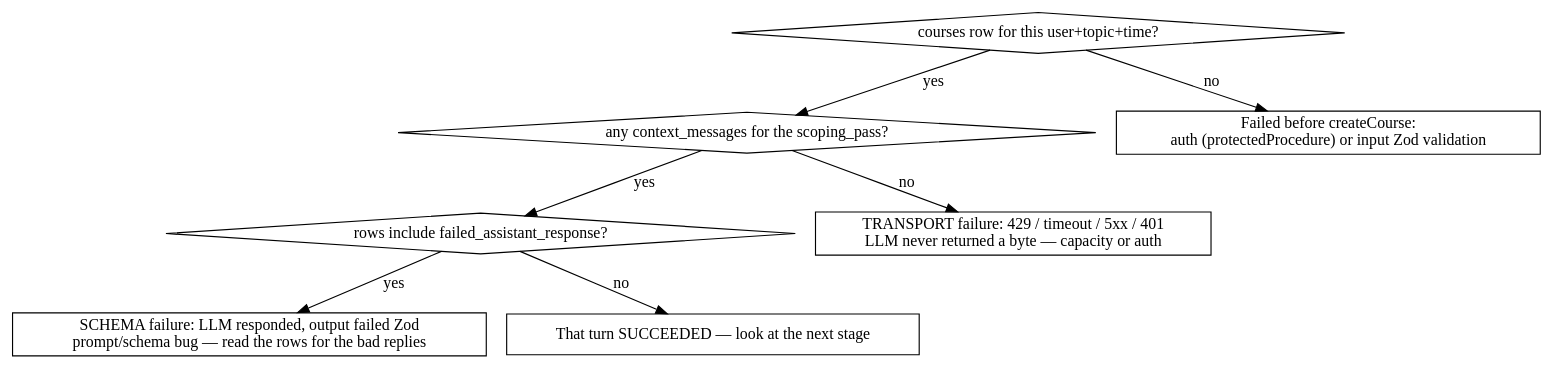
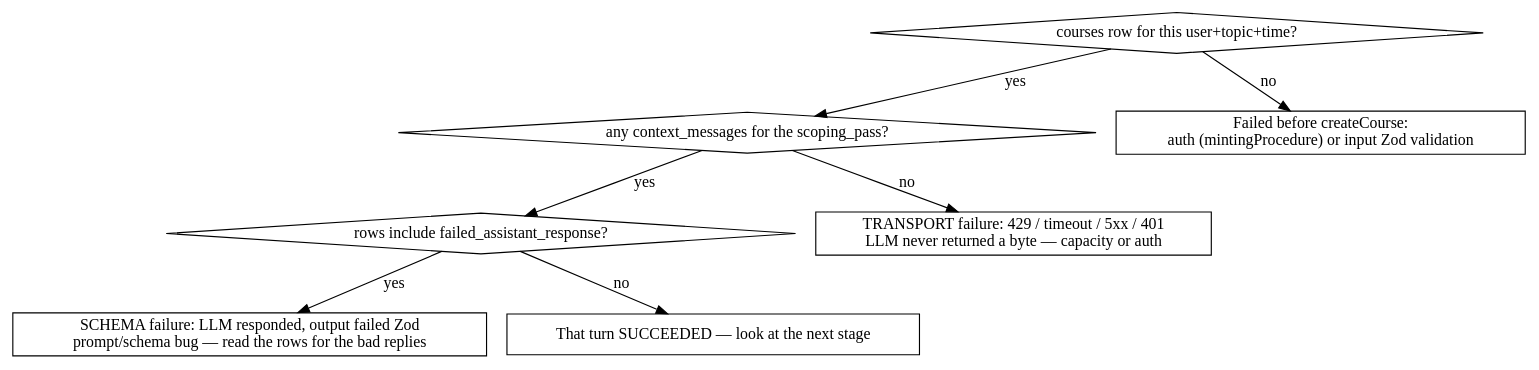
The diagram in .claude/skills/debugging-nalu-llm-pipeline/SKILL.md (olliegilbey/nalu), drawn with Graphviz before and after one commit. The commit also changed other lines of this file and 32 other files, not shown here.

````diff
--- a/.claude/skills/debugging-nalu-llm-pipeline/SKILL.md
+++ b/.claude/skills/debugging-nalu-llm-pipeline/SKILL.md
@@ -82,22 +82,22 @@
 ```dot
 digraph diagnose {
   rankdir=TB;
   node [shape=box];
 
   has_course   [shape=diamond, label="courses row for this user+topic+time?"];
   has_msgs     [shape=diamond, label="any context_messages for the scoping_pass?"];
   has_failed   [shape=diamond, label="rows include failed_assistant_response?"];
 
-  pre_create   [label="Failed before createCourse:\nauth (protectedProcedure) or input Zod validation"];
+  pre_create   [label="Failed before createCourse:\nauth (mintingProcedure) or input Zod validation"];
   transport    [label="TRANSPORT failure: 429 / timeout / 5xx / 401\nLLM never returned a byte — capacity or auth"];
   schema       [label="SCHEMA failure: LLM responded, output failed Zod\nprompt/schema bug — read the rows for the bad replies"];
   succeeded    [label="That turn SUCCEEDED — look at the next stage"];
 
   has_course -> pre_create [label="no"];
   has_course -> has_msgs   [label="yes"];
   has_msgs   -> transport  [label="no"];
   has_msgs   -> has_failed [label="yes"];
   has_failed -> schema     [label="yes"];
   has_failed -> succeeded  [label="no"];
 }
 ```
````
